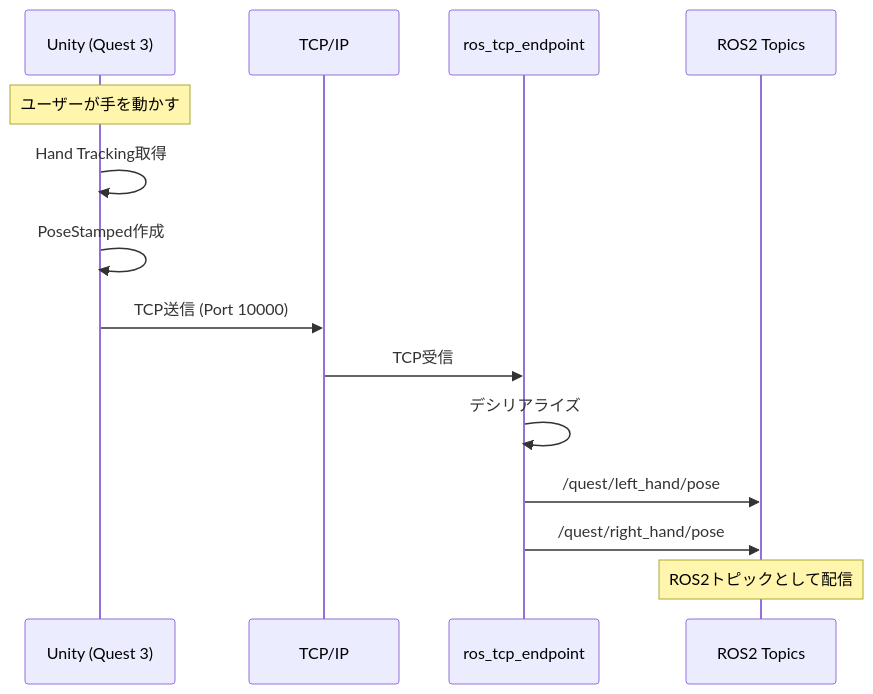
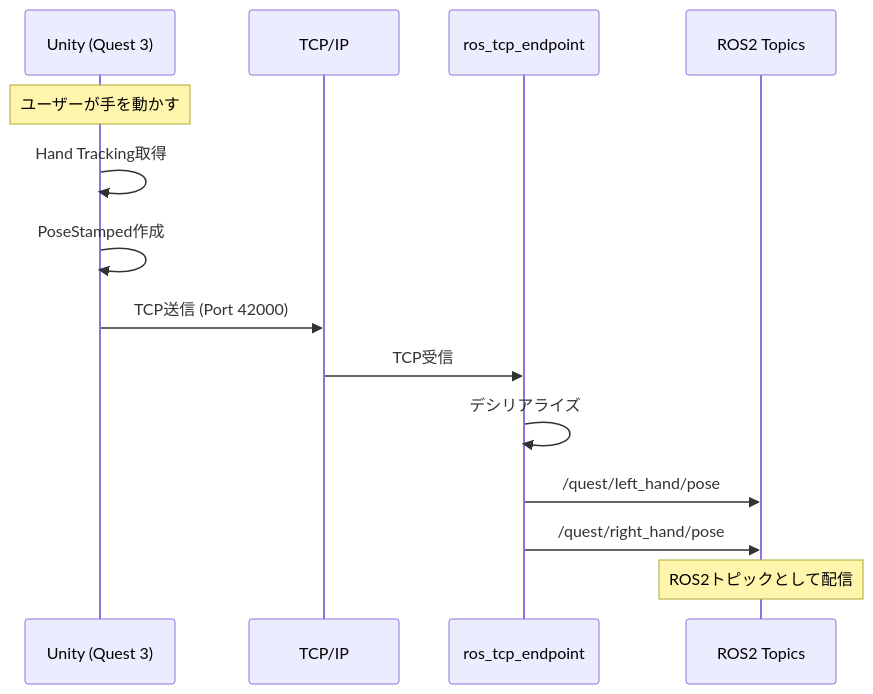
Before and after one commit to takatronix/vlabor_ros2: the first of 8 diagrams in docs/調整中/technical_details.md, drawn with Mermaid. The commit also changed other lines of this file and 14 other files, not shown here.

````diff
--- a/docs/調整中/technical_details.md
+++ b/docs/調整中/technical_details.md
@@ -13,20 +13,20 @@
 ```mermaid
 sequenceDiagram
     participant Unity as Unity (Quest 3)
     participant TCP as TCP/IP
     participant Endpoint as ros_tcp_endpoint
     participant Topics as ROS2 Topics
 
     Note over Unity: ユーザーが手を動かす
 
     Unity->>Unity: Hand Tracking取得
     Unity->>Unity: PoseStamped作成
-    Unity->>TCP: TCP送信 (Port 10000)
+    Unity->>TCP: TCP送信 (Port 42000)
 
     TCP->>Endpoint: TCP受信
     Endpoint->>Endpoint: デシリアライズ
     Endpoint->>Topics: /quest/left_hand/pose
     Endpoint->>Topics: /quest/right_hand/pose
 
     Note over Topics: ROS2トピックとして配信
 ```
````
